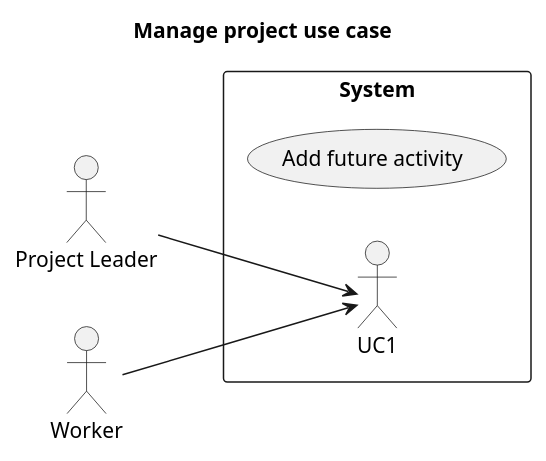
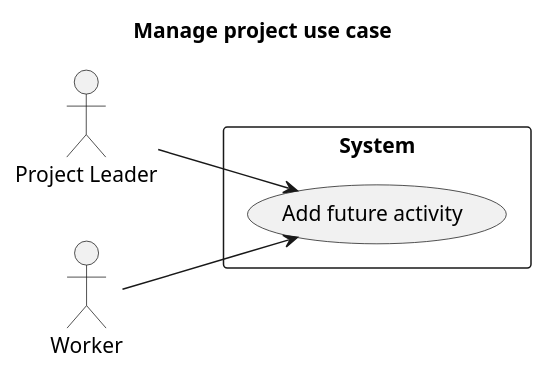
One commit to Shuhab-Siddigi/Software-Engineering changed the diagram in usecases/Worker/add_future_activity.md. Above: the diagram before and after it, drawn with PlantUML. The commit also changed 8 other files, not shown here.

Commit message:
created sequence diagram

````diff
--- a/usecases/Worker/add_future_activity.md
+++ b/usecases/Worker/add_future_activity.md
@@ -3,18 +3,18 @@
 ```plantuml
 @startuml
 left to right direction
 title Manage project use case
 actor "Project Leader" as pl
 actor "Worker" as wo
 
 rectangle System {
   usecase "Add future activity" as UC11  
   
-pl --> UC1
-wo --> UC1
+pl --> UC11
+wo --> UC11
 
 }
 
 
 @enduml
 ```
````
